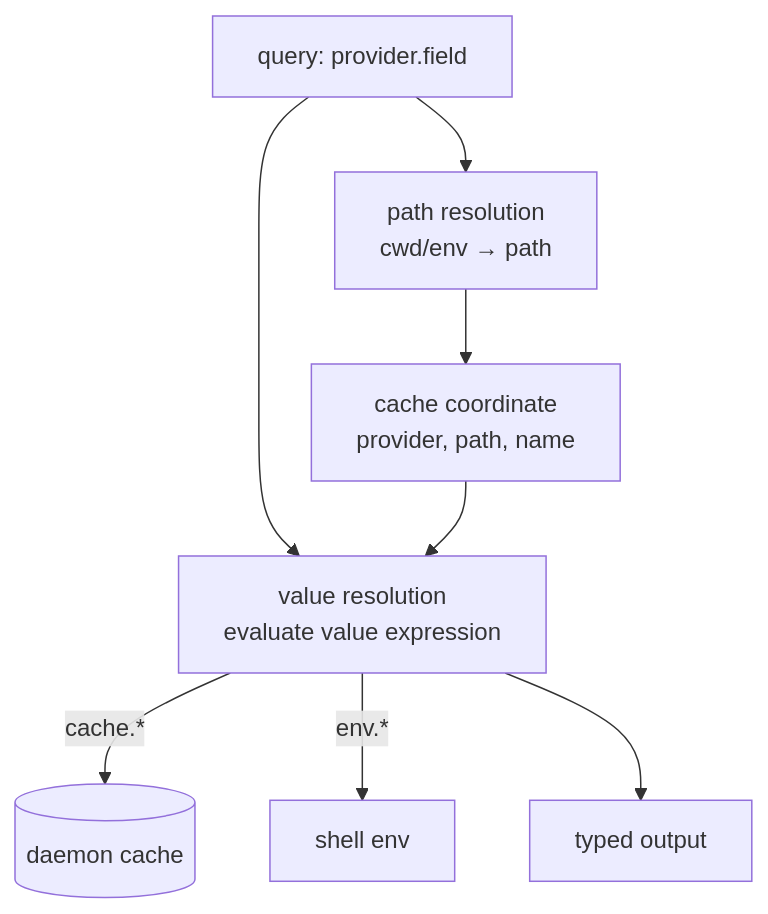
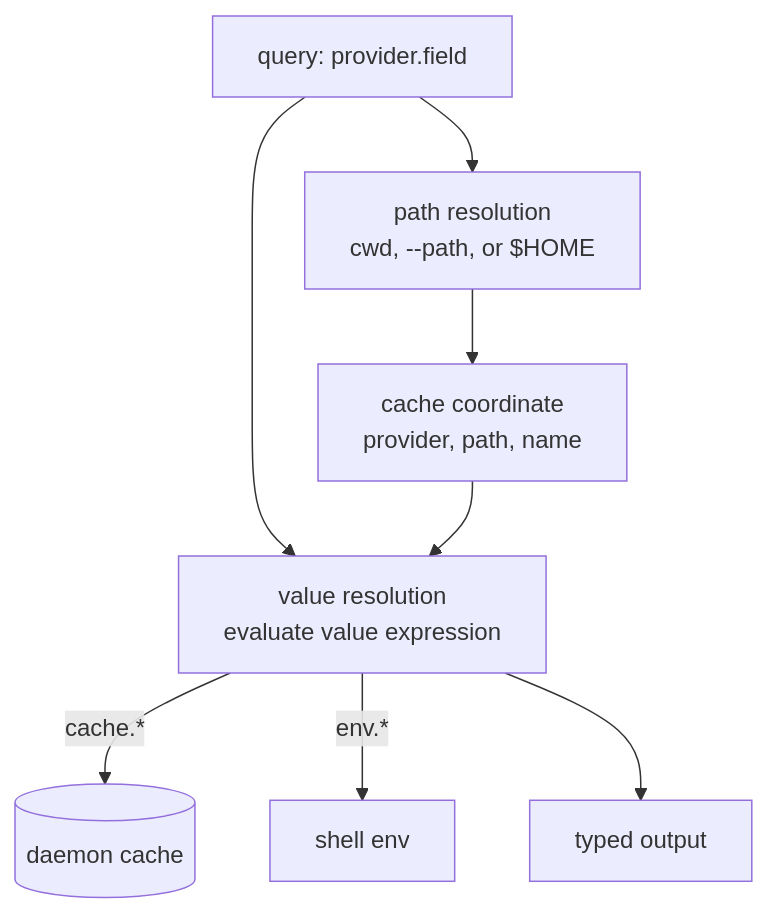
Before and after one commit to NavistAu/beachcomber: the diagram in docs/canon/field_resolution.md, drawn with Mermaid. The commit also changed other lines of this file and 3 other files, not shown here.

````diff
--- a/docs/canon/field_resolution.md
+++ b/docs/canon/field_resolution.md
@@ -33,10 +33,10 @@
 ```mermaid
 graph TD
-    Q[query: provider.field] --> PR[path resolution<br/>cwd/env → path]
+    Q[query: provider.field] --> PR[path resolution<br/>cwd, --path, or $HOME]
     PR --> COORD[cache coordinate<br/>provider, path, name]
     Q --> VR[value resolution<br/>evaluate value expression]
     COORD --> VR
     VR -->|cache.*| C[(daemon cache)]
     VR -->|env.*| SH[shell env]
     VR --> O[typed output]
 ```
````
